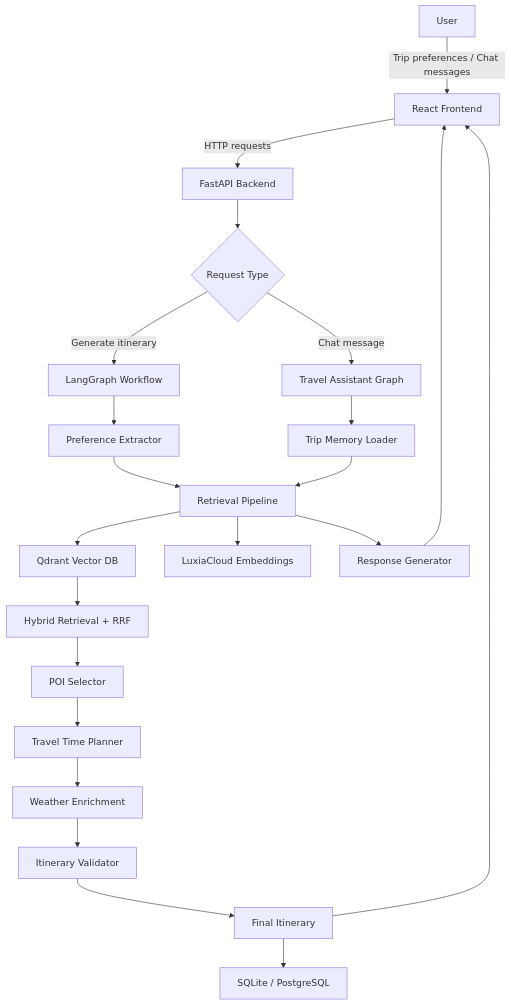
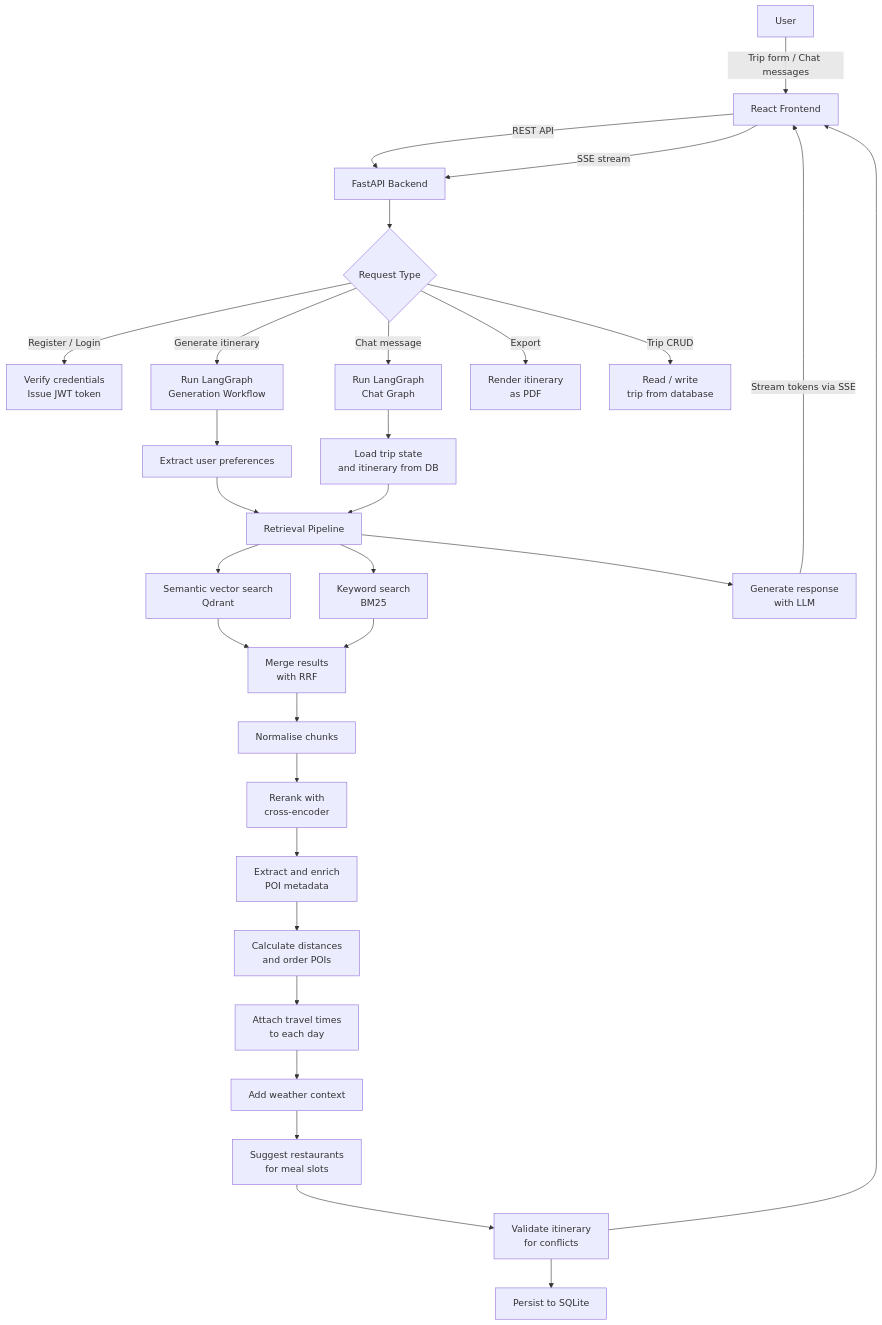
The first of 3 diagrams in README.md (aimeano/Ai-tinerary), drawn with Mermaid before and after one commit. The commit also changed other lines of this file, not shown here.

````diff
--- a/README.md
+++ b/README.md
@@ -90,27 +92,35 @@
 ```mermaid
 graph TD
-    A[User] -->|Trip preferences / Chat messages| B[React Frontend]
-    B -->|HTTP requests| C[FastAPI Backend]
+    A[User] -->|Trip form / Chat messages| B[React Frontend]
+    B -->|REST API| C[FastAPI Backend]
+    B -->|SSE stream| C
 
     C --> D{Request Type}
-    D -->|Generate itinerary| E[LangGraph Workflow]
-    D -->|Chat message| F[Travel Assistant Graph]
+    D -->|Register / Login| E[Verify credentials\nIssue JWT token]
+    D -->|Generate itinerary| F[Run LangGraph\nGeneration Workflow]
+    D -->|Chat message| G[Run LangGraph\nChat Graph]
+    D -->|Export| H[Render itinerary\nas PDF]
+    D -->|Trip CRUD| I[Read / write\ntrip from database]
 
-    E --> G[Preference Extractor]
-    G --> H[Retrieval Pipeline]
-    H --> I[Qdrant Vector DB]
-    H --> J[LuxiaCloud Embeddings]
-    I --> K[Hybrid Retrieval + RRF]
-    K --> L[POI Selector]
-    L --> M[Travel Time Planner]
-    M --> N[Weather Enrichment]
-    N --> O[Itinerary Validator]
-    O --> P[Final Itinerary]
-    P --> Q[SQLite / PostgreSQL]
-    P --> B
+    F --> J[Extract user preferences]
+    J --> K[Retrieval Pipeline]
+    K --> L[Semantic vector search\nQdrant]
+    K --> M[Keyword search\nBM25]
+    L --> N[Merge results\nwith RRF]
+    M --> N
+    N --> O[Normalise chunks]
+    O --> P[Rerank with\ncross-encoder]
+    P --> Q[Extract and enrich\nPOI metadata]
+    Q --> R[Calculate distances\nand order POIs]
+    R --> S[Attach travel times\nto each day]
+    S --> T[Add weather context]
+    T --> U[Suggest restaurants\nfor meal slots]
+    U --> V[Validate itinerary\nfor conflicts]
+    V --> W[Persist to SQLite]
+    V --> B
 
-    F --> R[Trip Memory Loader]
-    R --> H
-    H --> S[Response Generator]
-    S --> B
+    G --> X[Load trip state\nand itinerary from DB]
+    X --> K
+    K --> Y[Generate response\nwith LLM]
+    Y -->|Stream tokens via SSE| B
 ```
````
